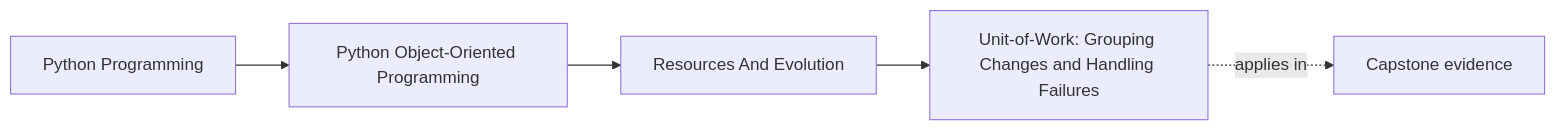
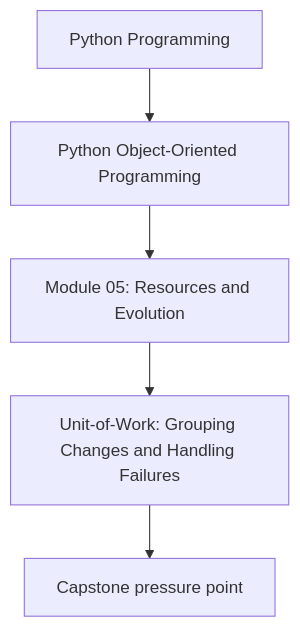
Before and after one commit to bijux/bijux-masterclass: the first of 2 diagrams in programs/python-programming/python-object-oriented-programming/course-book/module-05-resources-and-evolution/unit-of-work-and-failure-handling.md, drawn with Mermaid. The commit also changed other lines of this file and 107 other files, not shown here.

Commit message:
docs(python-object-oriented-programming): align concept page diagrams

````diff
--- a/programs/python-programming/python-object-oriented-programming/course-book/module-05-resources-and-evolution/unit-of-work-and-failure-handling.md
+++ b/programs/python-programming/python-object-oriented-programming/course-book/module-05-resources-and-evolution/unit-of-work-and-failure-handling.md
@@ -7,11 +7,7 @@
 ```mermaid
-graph LR
-  family["Python Programming"]
-  program["Python Object-Oriented Programming"]
-  section["Resources And Evolution"]
-  page["Unit-of-Work: Grouping Changes and Handling Failures"]
-  capstone["Capstone evidence"]
-
-  family --> program --> section --> page
-  page -.applies in.-> capstone
+flowchart TD
+  family["Python Programming"] --> program["Python Object-Oriented Programming"]
+  program --> module["Module 05: Resources and Evolution"]
+  module --> concept["Unit-of-Work: Grouping Changes and Handling Failures"]
+  concept --> capstone["Capstone pressure point"]
 ```
````
